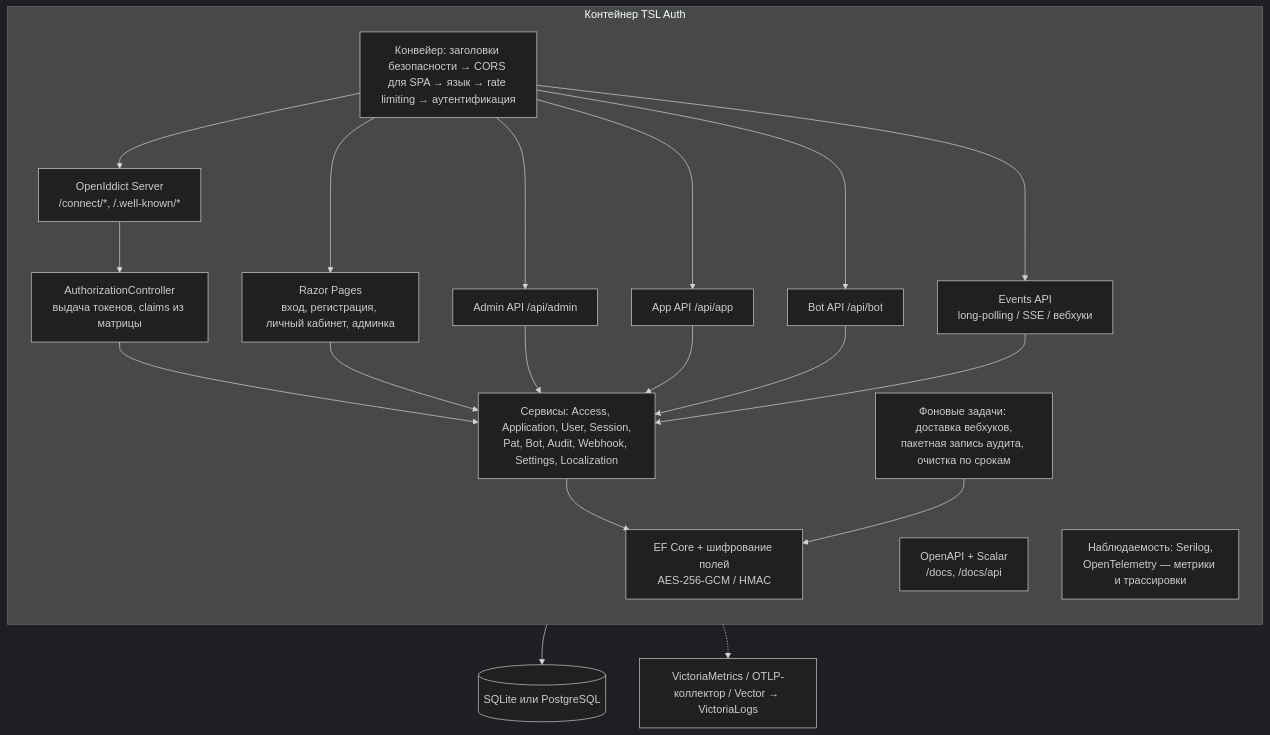
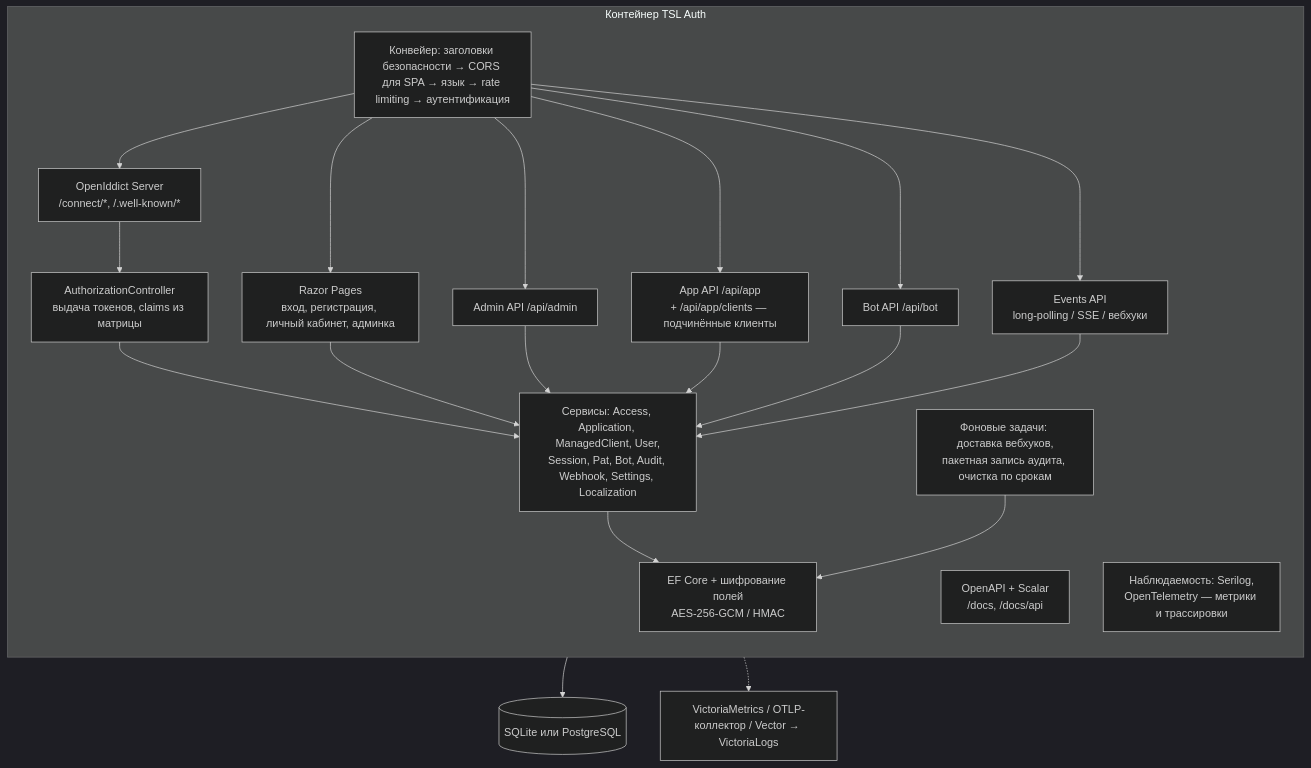
The first of 7 diagrams in docs/architecture.md (akprof2000/tsl-auth), drawn with Mermaid (dark theme) before and after one commit. The commit also changed other lines of this file and 66 other files, not shown here.

First line of the commit message:
Подчинённые клиенты и вход по ключу (private_key_jwt): App API /api/app/clients, политика владельца, отключение клиентов, SDK .NET и Go, версия 1.5

````diff
--- a/docs/architecture.md
+++ b/docs/architecture.md
@@ -9,28 +9,28 @@
 ```mermaid
 flowchart TB
     subgraph Контейнер TSL Auth
         direction TB
         MW[Конвейер: заголовки безопасности → CORS для SPA → язык → rate limiting → аутентификация]
         OIDC[OpenIddict Server<br/>/connect/*, /.well-known/*]
         CTRL[AuthorizationController<br/>выдача токенов, claims из матрицы]
         UI[Razor Pages<br/>вход, регистрация, личный кабинет, админка]
         ADMIN[Admin API /api/admin]
-        APP[App API /api/app]
+        APP[App API /api/app<br/>+ /api/app/clients — подчинённые клиенты]
         BOT[Bot API /api/bot]
         EVT[Events API<br/>long-polling / SSE / вебхуки]
         DOCS[OpenAPI + Scalar<br/>/docs, /docs/api]
-        SVC[Сервисы: Access, Application, User, Session,<br/>Pat, Bot, Audit, Webhook, Settings, Localization]
+        SVC[Сервисы: Access, Application, ManagedClient, User,<br/>Session, Pat, Bot, Audit, Webhook, Settings, Localization]
         BG[Фоновые задачи: доставка вебхуков,<br/>пакетная запись аудита, очистка по срокам]
         EF[EF Core + шифрование полей<br/>AES-256-GCM / HMAC]
         OBS[Наблюдаемость: Serilog,<br/>OpenTelemetry — метрики и трассировки]
     end
     DB[(SQLite или PostgreSQL)]
     MON[VictoriaMetrics / OTLP-коллектор / Vector → VictoriaLogs]
 
     MW --> OIDC --> CTRL --> SVC
     MW --> UI --> SVC
     MW --> ADMIN & APP & BOT & EVT --> SVC
     SVC --> EF --> DB
     BG --> EF
     OBS -.-> MON
 ```
````
